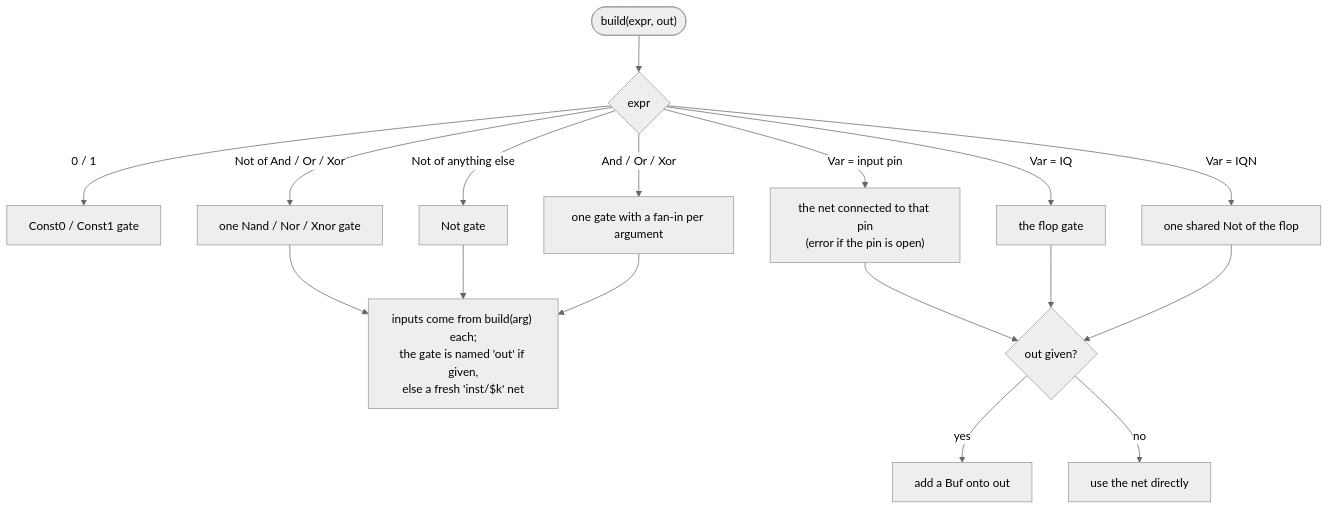
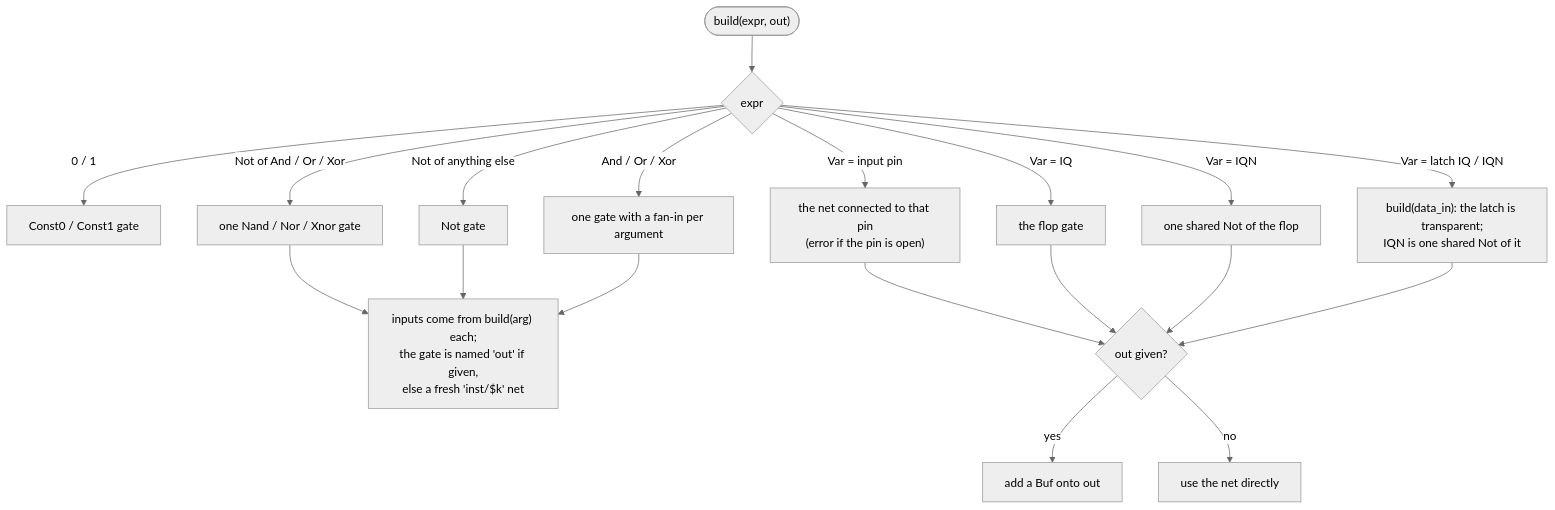
The eighth of 9 diagrams in docs/modules/design.md (rithlean/rithereal), drawn with Mermaid (neutral theme) before and after one commit. The commit also changed other lines of this file and 18 other files, not shown here.

````diff
--- a/docs/modules/design.md
+++ b/docs/modules/design.md
@@ -155,15 +155,16 @@
 ```mermaid
 flowchart TD
   A(["build(expr, out)"]) --> T{"expr"}
   T -->|"0 / 1"| C["Const0 / Const1 gate"]
   T -->|"Var = IQ"| Q["the flop gate"]
   T -->|"Var = IQN"| QN["one shared Not of the flop"]
+  T -->|"Var = latch IQ / IQN"| LQ["build(data_in): the latch is transparent;<br/>IQN is one shared Not of it"]
   T -->|"Var = input pin"| V["the net connected to that pin<br/>(error if the pin is open)"]
   T -->|"Not of And / Or / Xor"| NN["one Nand / Nor / Xnor gate"]
   T -->|"Not of anything else"| N["Not gate"]
   T -->|"And / Or / Xor"| G["one gate with a fan-in per argument"]
   NN & N & G --> R["inputs come from build(arg) each;<br/>the gate is named 'out' if given,<br/>else a fresh 'inst/$k' net"]
-  V & Q & QN --> S{"out given?"}
+  V & Q & QN & LQ --> S{"out given?"}
   S -->|yes| B["add a Buf onto out"]
   S -->|no| U["use the net directly"]
 ```
````
